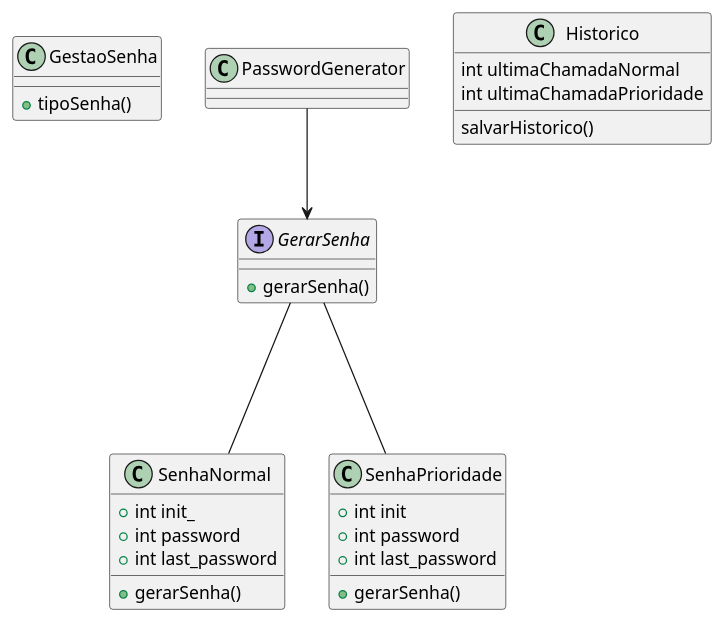
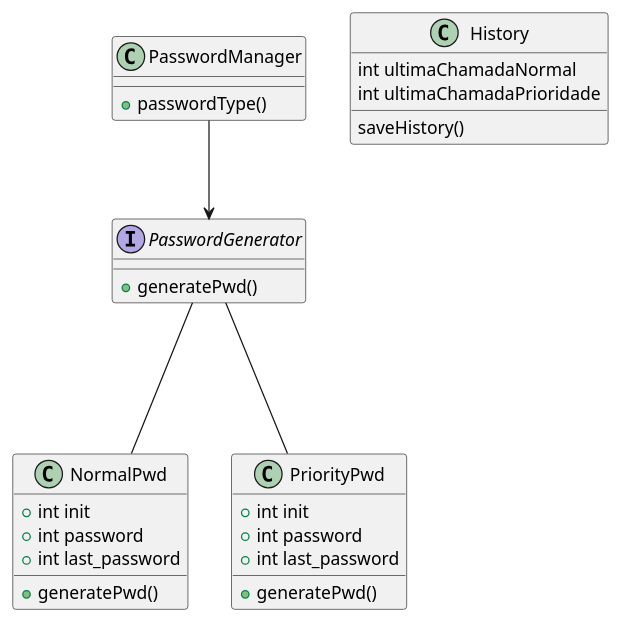
The diagram in schema_password_generator.plantuml (davieduardo94/attendance_pass_manager), drawn with PlantUML before and after one commit.

Commit message:
update project schema

```diff
--- a/schema_password_generator.plantuml
+++ b/schema_password_generator.plantuml
@@ -1,38 +1,38 @@
 @startuml Senha
 
-class GestaoSenha {
-    +tipoSenha()
+class PasswordManager {
+    +passwordType()
 }
 
-interface GerarSenha{
-    +gerarSenha()
+interface PasswordGenerator{
+    +generatePwd()
 }
 
-class SenhaNormal{
-    +int init_
-    +int password
-    +int last_password
-
-    +gerarSenha()
-}
-
-class SenhaPrioridade {
+class NormalPwd{
     +int init
     +int password
     +int last_password
 
-    +gerarSenha()
+    +generatePwd()
 }
 
-class Historico{
+class PriorityPwd {
+    +int init
+    +int password
+    +int last_password
+
+    +generatePwd()
+}
+
+class History{
     int ultimaChamadaNormal
     int ultimaChamadaPrioridade
 
-    salvarHistorico()
+    saveHistory()
 }
 
-GerarSenha --- SenhaNormal
-GerarSenha --- SenhaPrioridade
-PasswordGenerator --> GerarSenha 
+PasswordGenerator --- NormalPwd
+PasswordGenerator --- PriorityPwd
+PasswordManager --> PasswordGenerator
 
 @enduml
```
